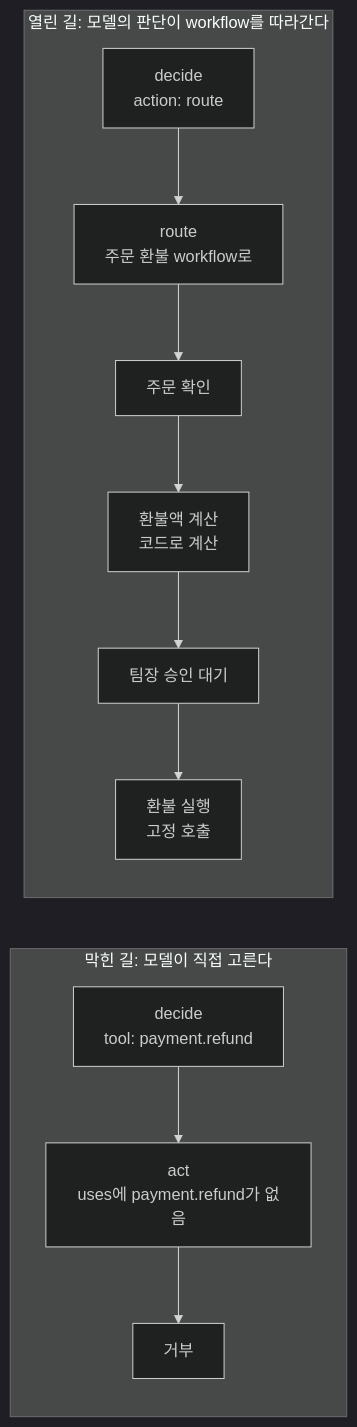
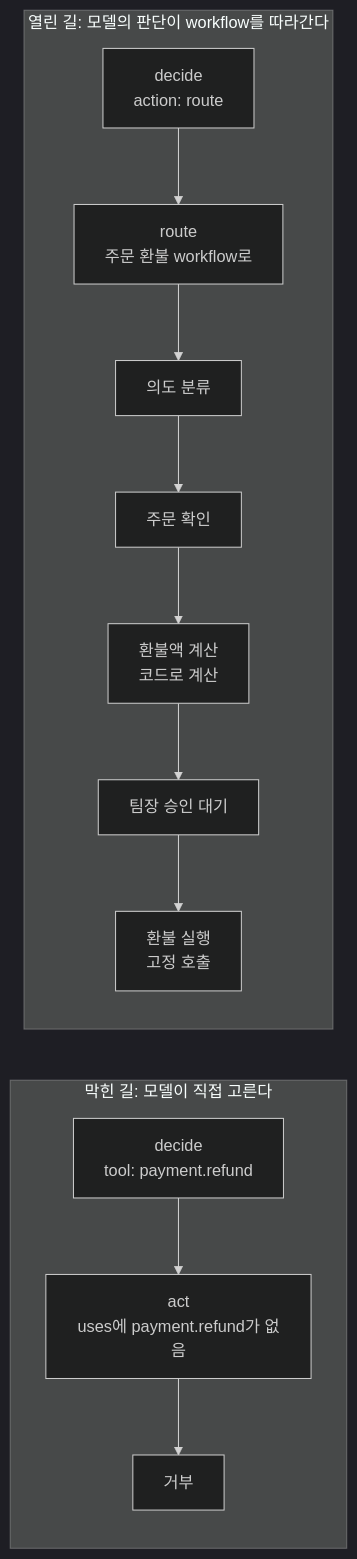
Before and after one commit to iwindfree/ai-agent-framework-architecture: diagram 21 of 30 in 00.architecture.md, drawn with Mermaid (dark theme). The commit also changed other lines of this file and 1 other file, not shown here.

````diff
--- a/00.architecture.md
+++ b/00.architecture.md
@@ -1805,9 +1819,9 @@
 ```mermaid
 flowchart LR
     subgraph X["막힌 길: 모델이 직접 고른다"]
         A1[decide<br/>tool: payment.refund] --> A2[act<br/>uses에 payment.refund가 없음] --> A3[거부]
     end
     subgraph O["열린 길: 모델의 판단이 workflow를 따라간다"]
-        B1[decide<br/>action: route] --> B2[route<br/>주문 환불 workflow로] --> B6[주문 확인] --> B3[환불액 계산<br/>코드로 계산] --> B4[팀장 승인 대기] --> B5[환불 실행<br/>고정 호출]
+        B1[decide<br/>action: route] --> B2[route<br/>주문 환불 workflow로] --> B7[의도 분류] --> B6[주문 확인] --> B3[환불액 계산<br/>코드로 계산] --> B4[팀장 승인 대기] --> B5[환불 실행<br/>고정 호출]
     end
 ```
````
